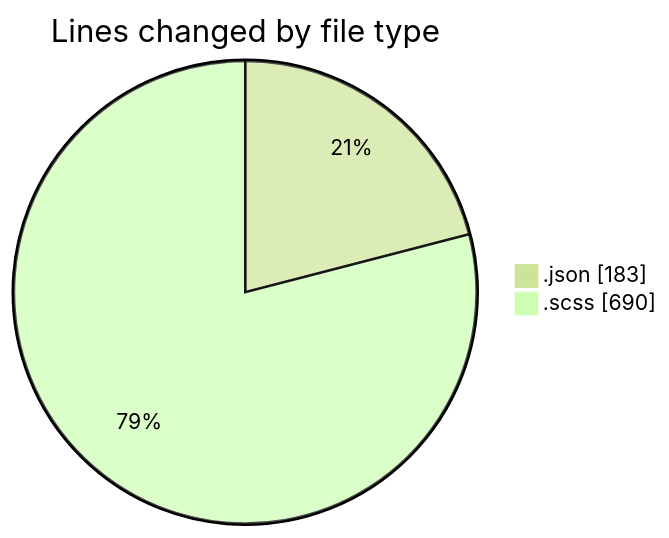
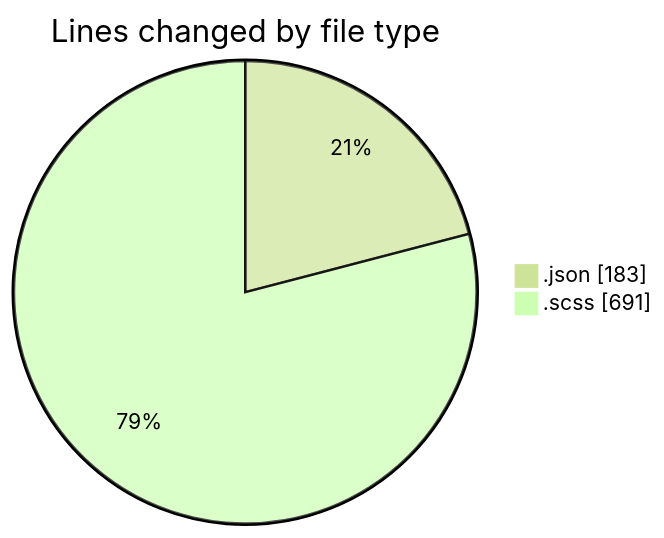
Before and after one commit to momahboobian/code-tracking: the first of 2 diagrams in 2026-01-20/cda/README.md, drawn with Mermaid (forest theme). The commit also changed other lines of this file and 1 other file, not shown here.

````diff
--- a/2026-01-20/cda/README.md
+++ b/2026-01-20/cda/README.md
@@ -23,6 +23,6 @@
 ```mermaid
 pie showData
 title Lines changed by file type
 ".json" : 183
-".scss" : 690
+".scss" : 691
 ```
````
